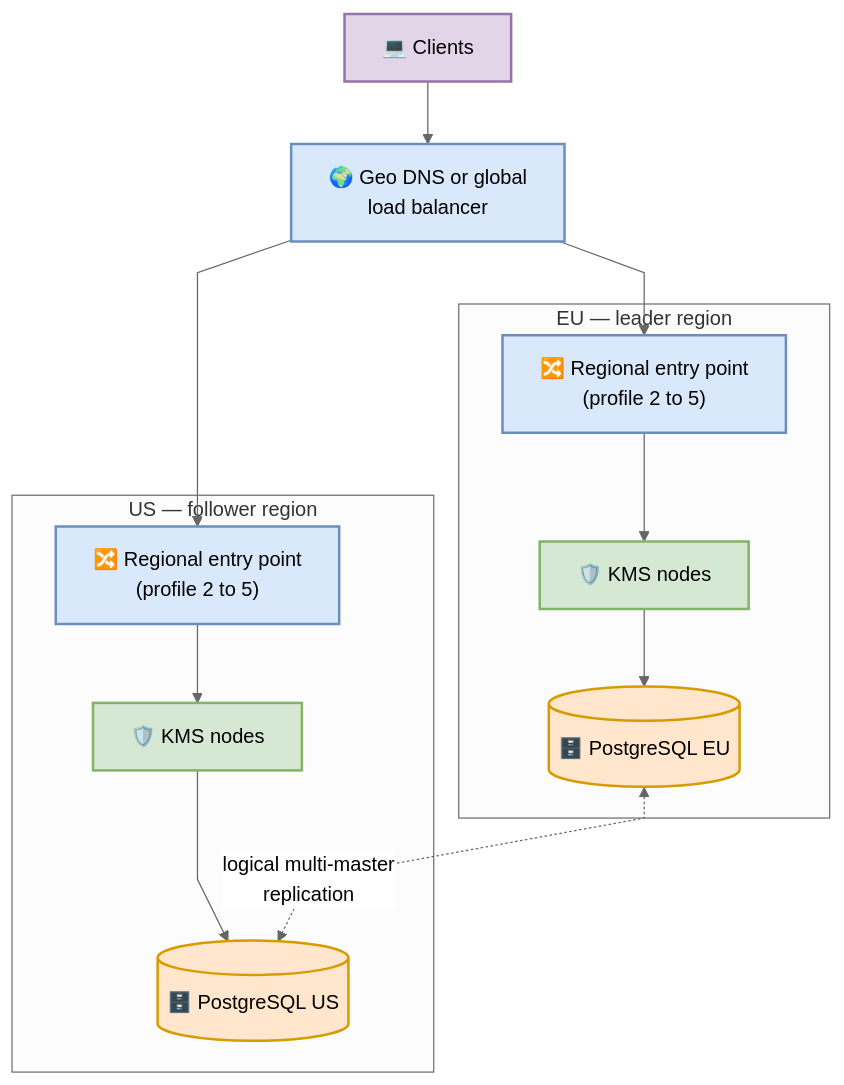
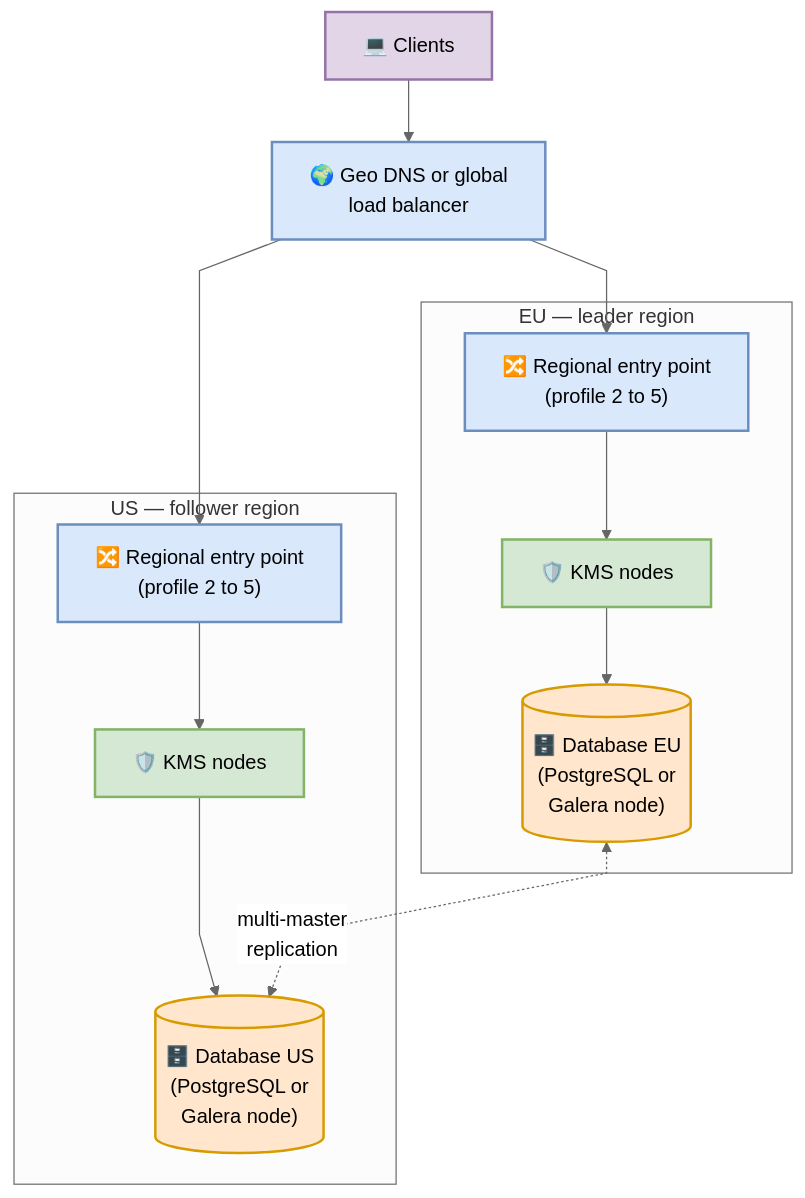
One commit to Cosmian/kms changed the fifth of 5 diagrams in documentation/docs/installation/high_availability_mode.md. Above: the diagram before and after it, drawn with Mermaid (neutral theme). The commit also changed other lines of this file and 38 other files, not shown here.

````diff
--- a/documentation/docs/installation/high_availability_mode.md
+++ b/documentation/docs/installation/high_availability_mode.md
@@ -287,28 +290,28 @@
 ```mermaid
 %%{init: {"flowchart": {"curve": "linear"}}}%%
 flowchart TB
     classDef client fill:#e1d5e7,stroke:#9673a6,stroke-width:2px,color:#000
     classDef entry fill:#dae8fc,stroke:#6c8ebf,stroke-width:2px,color:#000
     classDef kms fill:#d5e8d4,stroke:#82b366,stroke-width:2px,color:#000
     classDef db fill:#ffe6cc,stroke:#d79b00,stroke-width:2px,color:#000
 
     clients["💻 Clients"]:::client
     geo["🌍 Geo DNS or global<br/>load balancer"]:::entry
 
     subgraph eu["EU — leader region"]
         lb_eu["🔀 Regional entry point<br/>(profile 2 to 5)"]:::entry
         kms_eu["🛡️ KMS nodes"]:::kms
-        db_eu[("🗄️ PostgreSQL EU")]:::db
+        db_eu[("🗄️ Database EU<br/>(PostgreSQL or<br/>Galera node)")]:::db
     end
     subgraph us["US — follower region"]
         lb_us["🔀 Regional entry point<br/>(profile 2 to 5)"]:::entry
         kms_us["🛡️ KMS nodes"]:::kms
-        db_us[("🗄️ PostgreSQL US")]:::db
+        db_us[("🗄️ Database US<br/>(PostgreSQL or<br/>Galera node)")]:::db
     end
 
     clients --> geo
     geo --> lb_eu & lb_us
     lb_eu --> kms_eu --> db_eu
     lb_us --> kms_us --> db_us
-    db_eu <-.->|"logical multi-master<br/>replication"| db_us
+    db_eu <-.->|"multi-master<br/>replication"| db_us
 ```
````
